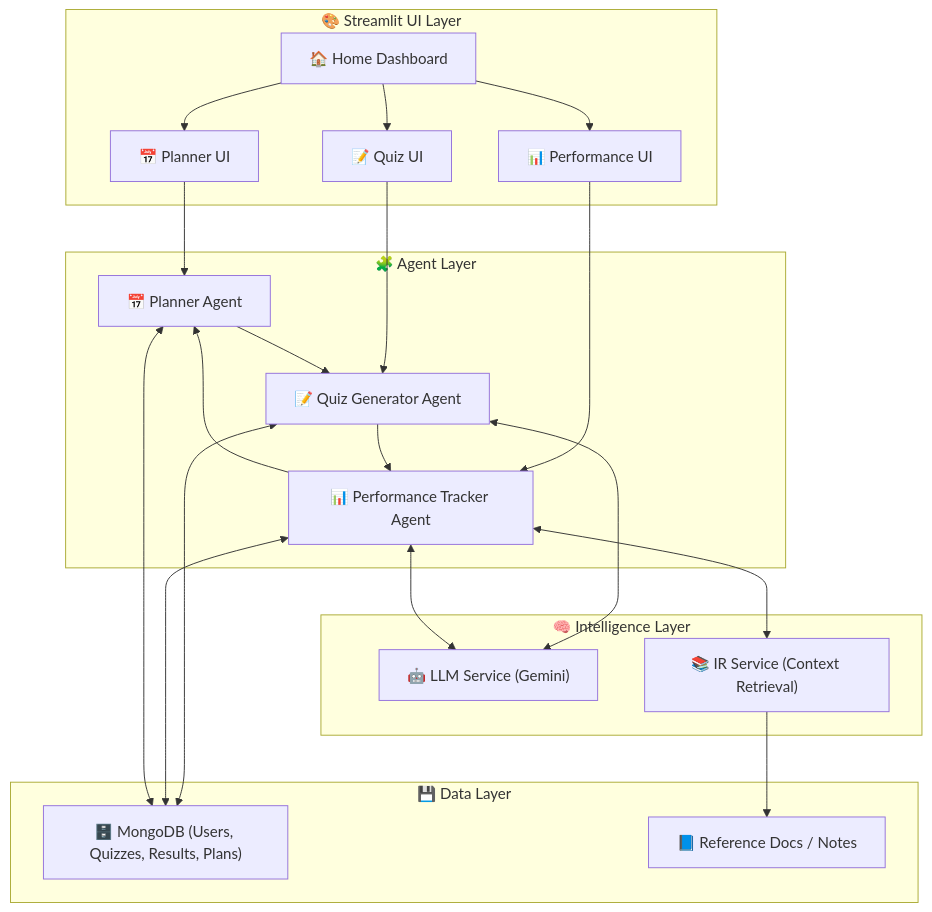
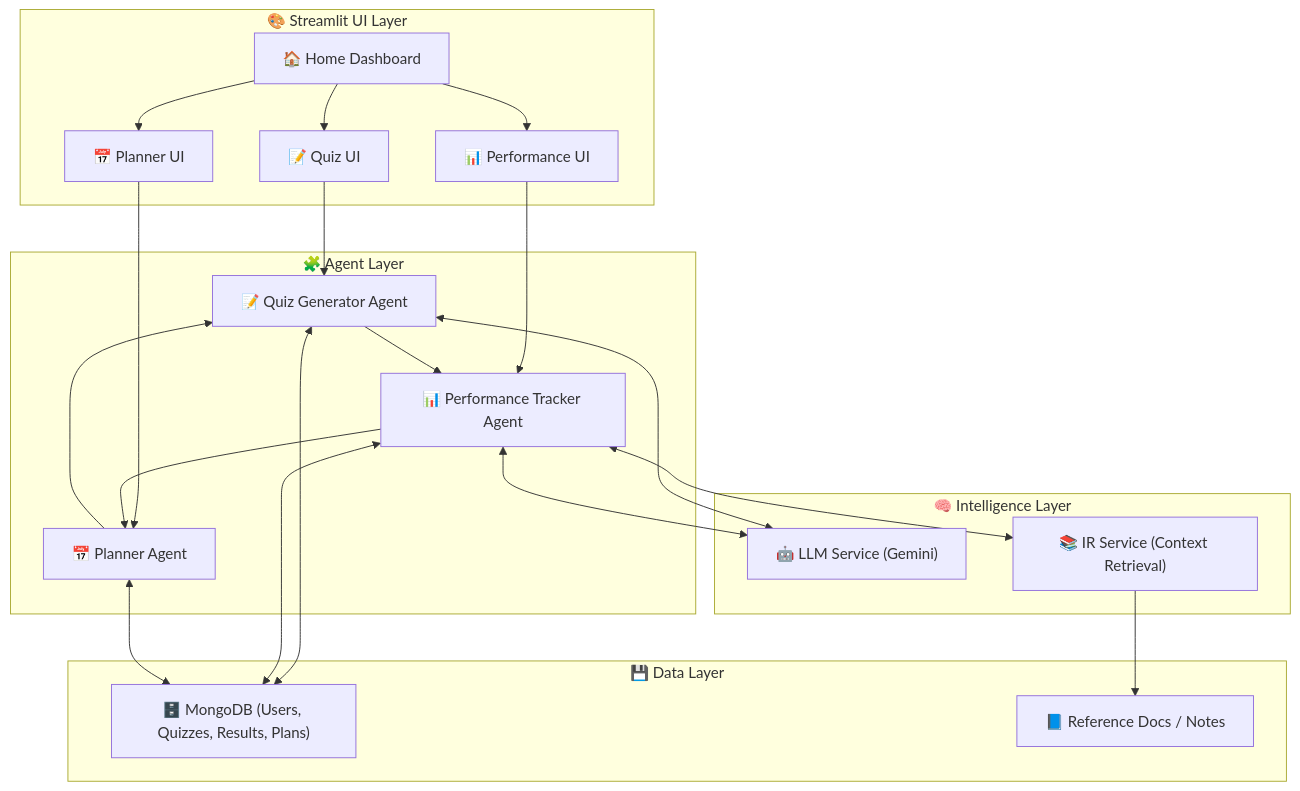
Before and after one commit to LochanaLithira/Adaptive-Exam-Preparation-AI: the diagram in README.md, drawn with Mermaid.

````diff
--- a/README.md
+++ b/README.md
@@ -24,57 +24,56 @@
 ```mermaid
 flowchart TD
     %% User Layer
     subgraph UI["🎨 Streamlit UI Layer"]
         UI_Home["🏠 Home Dashboard"]
-        UI_Planner["📅 Planner UI"]
         UI_Quiz["📝 Quiz UI"]
         UI_Performance["📊 Performance UI"]
+        UI_Planner["📅 Planner UI"]
     end
 
     %% Agent Layer
     subgraph AGENTS["🧩 Agent Layer"]
         C["📝 Quiz Generator Agent"]
         D["📊 Performance Tracker Agent"]
         B["📅 Planner Agent"]
     end
 
     %% Intelligence Layer
     subgraph AI["🧠 Intelligence Layer"]
         LLM["🤖 LLM Service (Gemini)"]
         IR["📚 IR Service (Context Retrieval)"]
     end
 
     %% Data Layer
     subgraph DATA["💾 Data Layer"]
         DB["🗄️ MongoDB (Users, Quizzes, Results, Plans)"]
         DOCS["📘 Reference Docs / Notes"]
     end
 
-    %% Flow
-    UI_Home --> UI_Planner
+    %% UI Navigation
     UI_Home --> UI_Quiz
     UI_Home --> UI_Performance
+    UI_Home --> UI_Planner
 
     %% User to Agents
-    UI_Planner --> B
     UI_Quiz --> C
     UI_Performance --> D
+    UI_Planner --> B
 
-    %% Agent flows
+    %% Main Agent Flow
     C --> D
     D --> B
     B --> C
 
     %% Intelligence integration
     C <--> LLM
     D <--> LLM
     D <--> IR
 
     %% Data connections
     C <--> DB
     D <--> DB
     B <--> DB
     IR --> DOCS
 
-
 ```
````
